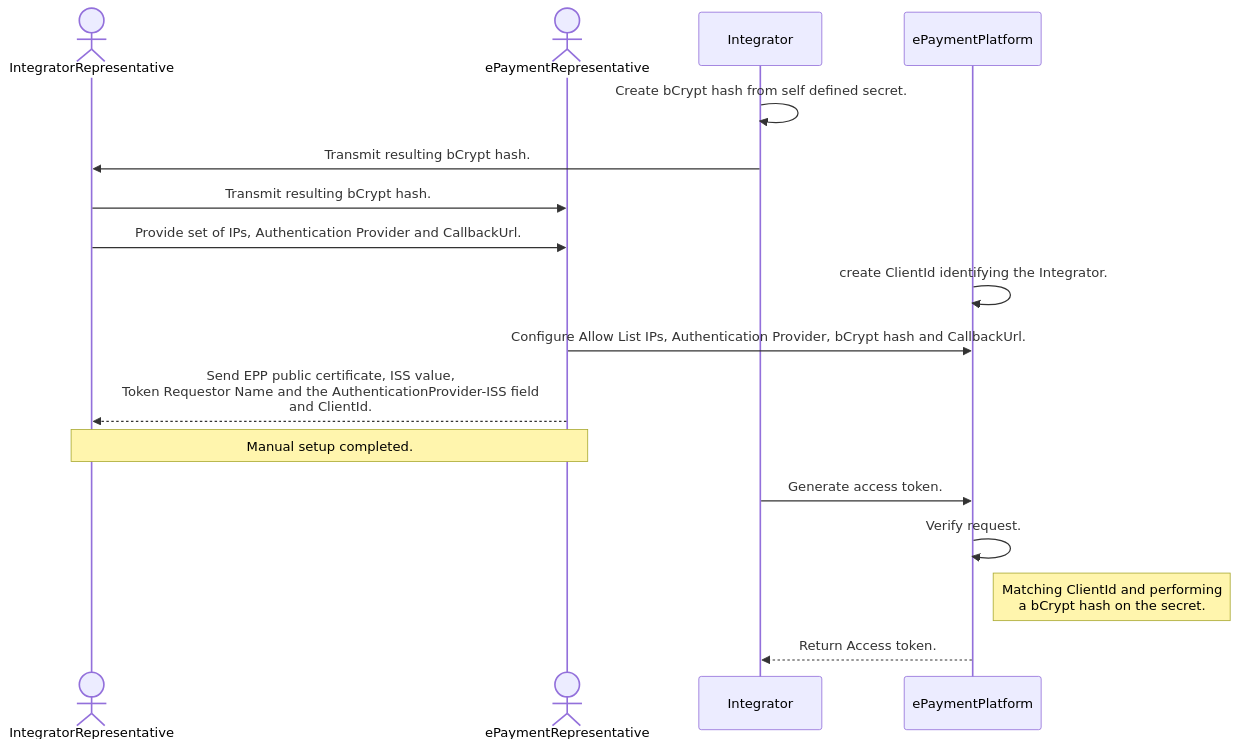
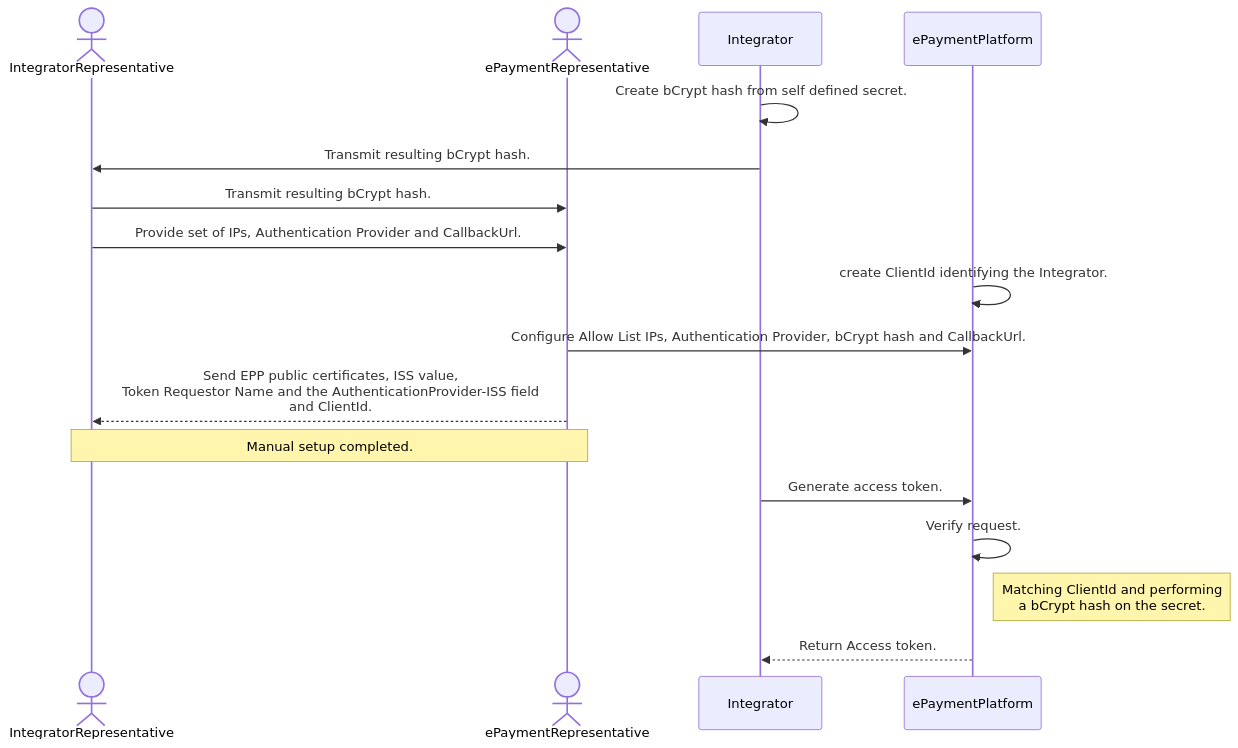
The diagram in docs/getting_started.md (BankAxept/bankaxept-epayment-development-kit), drawn with Mermaid before and after one commit. The commit also changed other lines of this file and 1 other file, not shown here.

Commit message:
spelling errors and payment dsca example

````diff
--- a/docs/getting_started.md
+++ b/docs/getting_started.md
@@ -59,23 +67,19 @@
 ```mermaid
 sequenceDiagram
     actor IntegratorRepresentative
     actor ePaymentRepresentative
     participant Integrator
     participant ePaymentPlatform
-
     Integrator ->> Integrator: Create bCrypt hash from self defined secret.
     Integrator ->> IntegratorRepresentative: Transmit resulting bCrypt hash.
     IntegratorRepresentative ->> ePaymentRepresentative: Transmit resulting bCrypt hash.
-
     IntegratorRepresentative ->> ePaymentRepresentative: Provide set of IPs, Authentication Provider and CallbackUrl.
     ePaymentPlatform ->> ePaymentPlatform: create ClientId identifying the Integrator.
     ePaymentRepresentative ->> ePaymentPlatform: Configure Allow List IPs, Authentication Provider, bCrypt hash and CallbackUrl.
-    ePaymentRepresentative -->> IntegratorRepresentative: Send EPP public certificate, ISS value, <br/> Token Requestor Name and the AuthenticationProvider-ISS field <br/> and ClientId.
-
-    Note over IntegratorRepresentative,ePaymentRepresentative: Manual setup completed.
-
+    ePaymentRepresentative -->> IntegratorRepresentative: Send EPP public certificates, ISS value, <br/> Token Requestor Name and the AuthenticationProvider-ISS field <br/> and ClientId.
+    Note over IntegratorRepresentative, ePaymentRepresentative: Manual setup completed.
     Integrator ->> ePaymentPlatform: Generate access token.
     ePaymentPlatform ->> ePaymentPlatform: Verify request.
     Note right of ePaymentPlatform: Matching ClientId and performing <br/> a bCrypt hash on the secret.
     ePaymentPlatform -->> Integrator: Return Access token.
 ```
````
